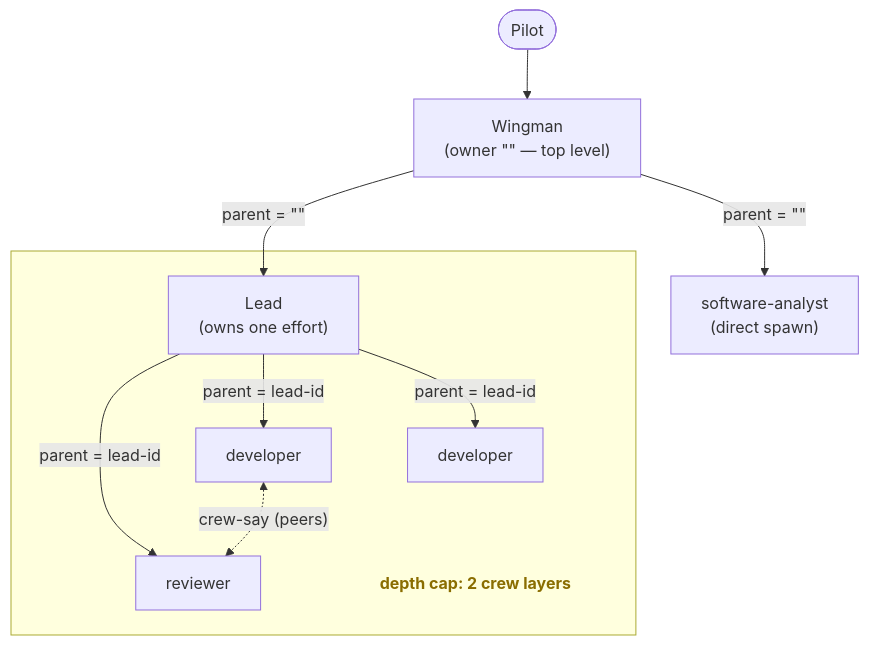
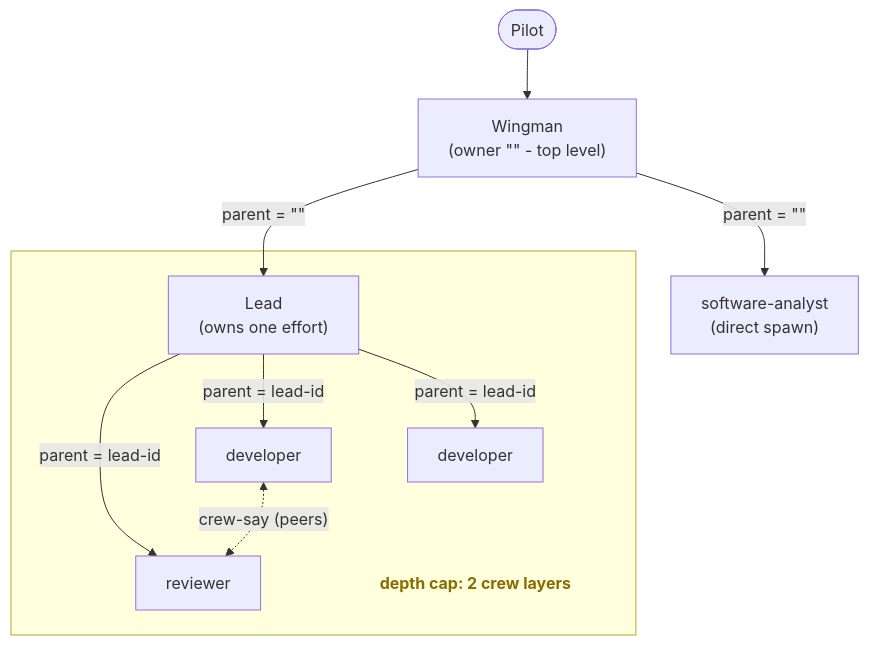
Before and after one commit to greerviau/wingman: the fourth of 4 diagrams in docs/architecture.md, drawn with Mermaid. The commit also changed other lines of this file and 76 other files, not shown here.

````diff
--- a/docs/architecture.md
+++ b/docs/architecture.md
@@ -168,30 +168,30 @@
 ```mermaid
 flowchart TD
     pilot([Pilot])
-    wingman["Wingman<br/>(owner &quot;&quot; — top level)"]
+    wingman["Wingman<br/>(owner &quot;&quot; - top level)"]
     analyst["software-analyst<br/>(direct spawn)"]
     lead["Lead<br/>(owns one effort)"]
     dev1[developer]
     dev2[developer]
     rev[reviewer]
 
     pilot --> wingman
     wingman -->|"parent = &quot;&quot;"| analyst
     wingman -->|"parent = &quot;&quot;"| lead
 
     subgraph cap[" "]
         lead
         dev1
         dev2
         rev
         lead -->|"parent = lead-id"| dev1
         lead -->|"parent = lead-id"| dev2
         lead -->|"parent = lead-id"| rev
         dev1 <-.->|"crew-say (peers)"| rev
         caplabel["depth cap: 2 crew layers"]
         dev2 ~~~ caplabel
     end
 
     classDef caption fill:none,stroke:none,color:#8a6d00,font-weight:bold
     class caplabel caption
 ```
````
